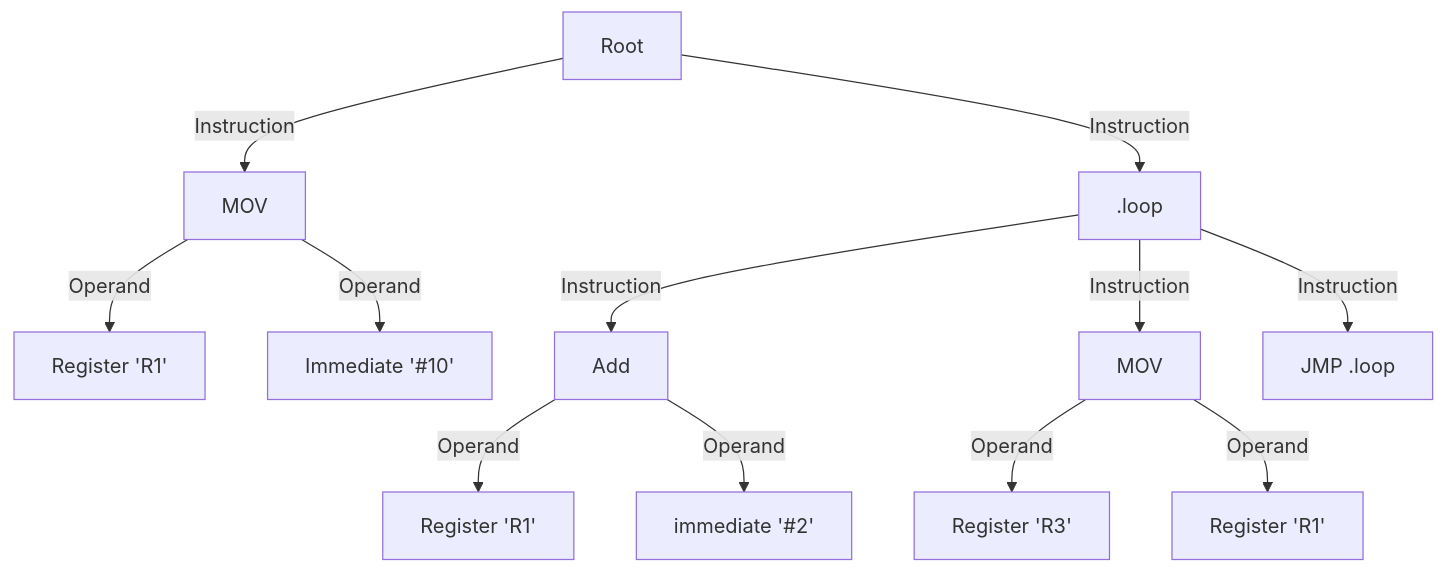
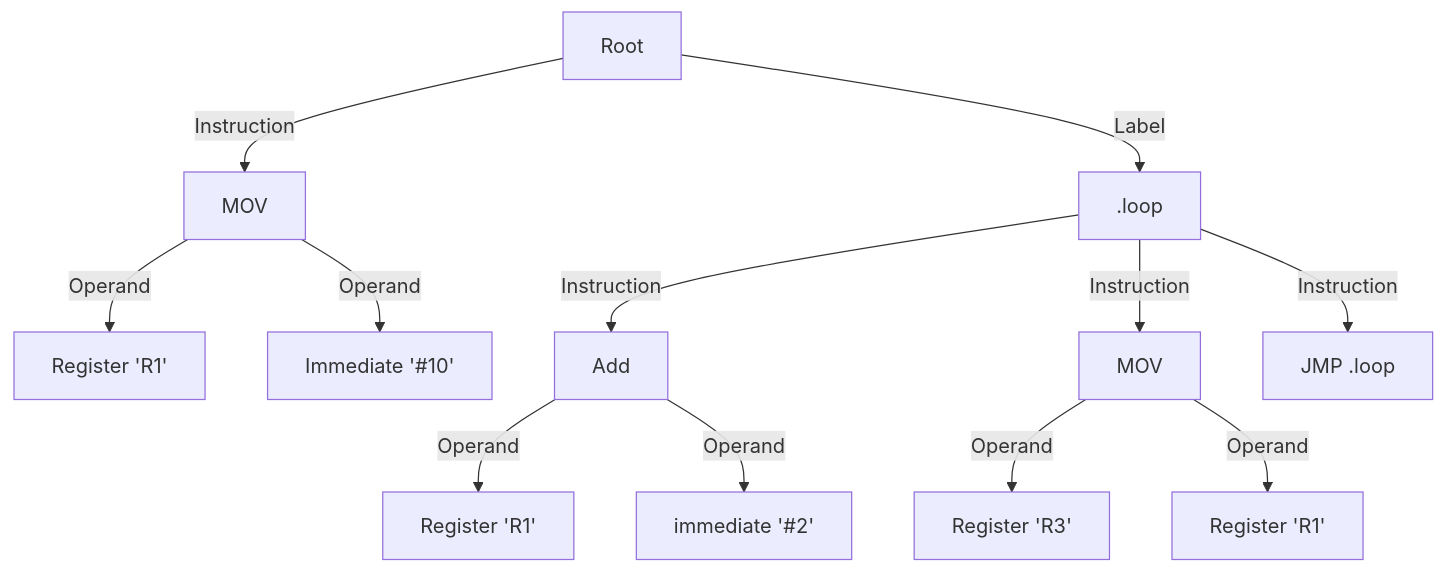
The fourth of 5 diagrams in Documents/TechnicalSpecifications.md (algosup/2023-2024-project-3-virtual-processor-team-1), drawn with Mermaid before and after one commit. The commit also changed other lines of this file, not shown here.

````diff
--- a/Documents/TechnicalSpecifications.md
+++ b/Documents/TechnicalSpecifications.md
@@ -409,15 +402,15 @@
 ```mermaid
 graph TD
   A[Root]
   A -->|Instruction| B1[MOV]
   B1 -->|Operand| B2[Register 'R1']
   B1 -->|Operand| B3[Immediate '#10']
-  A -->|Instruction| C1[.loop]
+  A -->|Label| C1[.loop]
   C1 -->|Instruction| C2[Add]
    C2 -->|Operand| C3[Register 'R1']
    C2 -->|Operand| C5[immediate '#2']
   C1 -->|Instruction| C4[MOV]
    C4 -->|Operand| C7[Register 'R3']
    C4 -->|Operand| C8[Register 'R1']
   C1 -->|Instruction| C6[JMP .loop]
 ```
````
